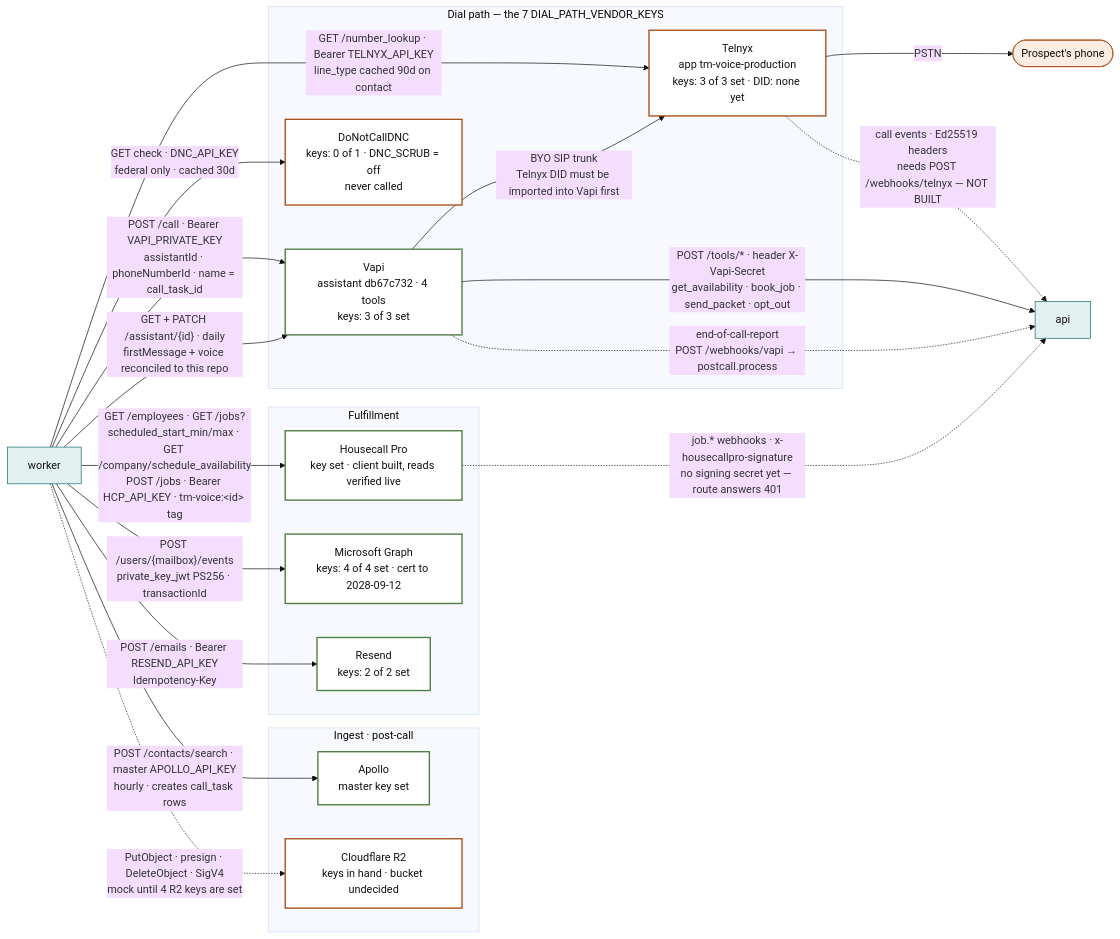
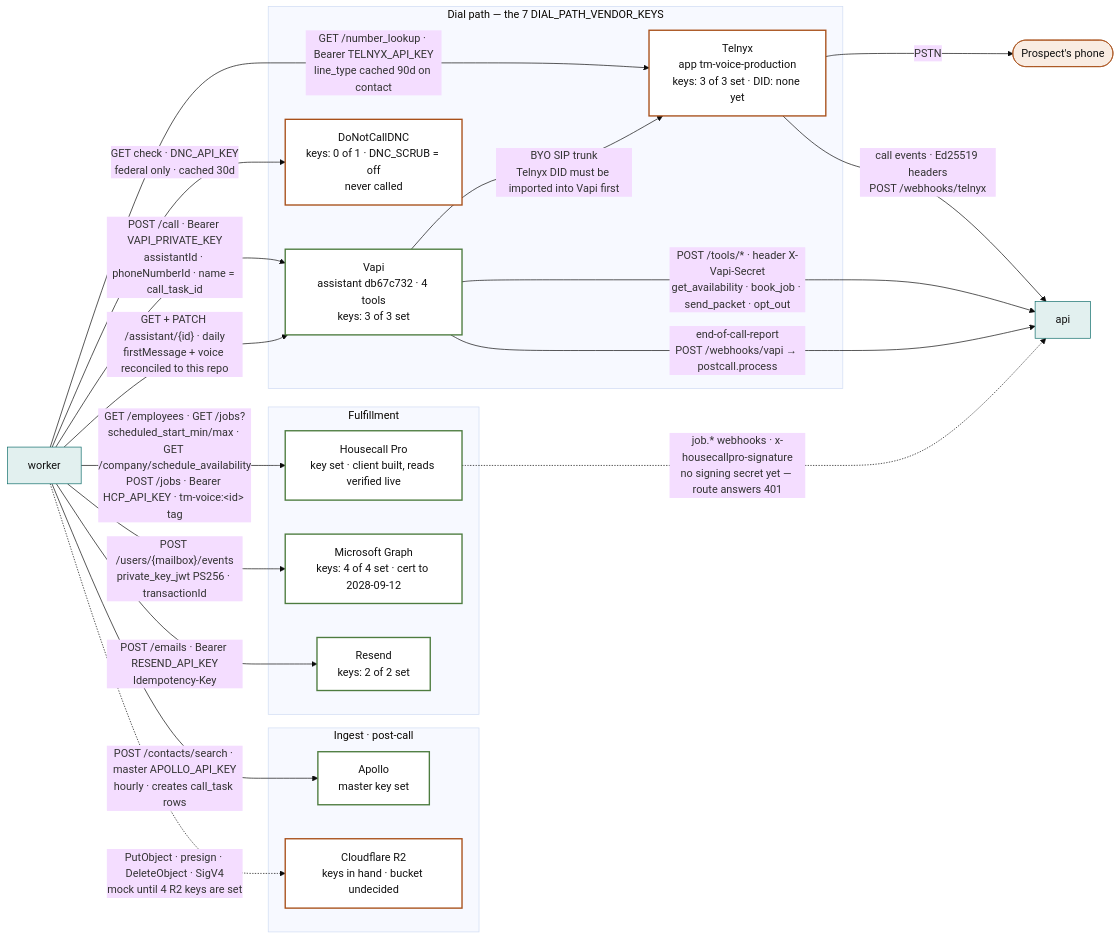
Before and after one commit to MAKaminski/tm-voice: the second of 7 diagrams in docs/ARCHITECTURE.md, drawn with Mermaid (base theme). The commit also changed other lines of this file and 46 other files, not shown here.

````diff
--- a/docs/ARCHITECTURE.md
+++ b/docs/ARCHITECTURE.md
@@ -73,46 +73,46 @@
 ```mermaid
 flowchart LR
   classDef svc fill:#e2f0ef,stroke:#0e6d6a,color:#111
   classDef real fill:#fff,stroke:#4d7c3f,stroke-width:2px,color:#111
   classDef partial fill:#fff,stroke:#a8501a,stroke-width:2px,color:#111
   classDef gap fill:#fff,stroke:#a8501a,stroke-dasharray:5 3,color:#a8501a
   classDef human fill:#f9ece2,stroke:#a8501a,color:#111
 
   worker["worker"]:::svc
   api["api"]:::svc
   prospect(["Prospect's phone"]):::human
 
   subgraph dialpath["Dial path — the 7 DIAL_PATH_VENDOR_KEYS"]
     vapi["Vapi<br/>assistant db67c732 · 4 tools<br/>keys: 3 of 3 set"]:::real
     telnyx["Telnyx<br/>app tm-voice-production<br/>keys: 3 of 3 set · DID: none yet"]:::partial
     dnc["DoNotCallDNC<br/>keys: 0 of 1 · DNC_SCRUB = off<br/>never called"]:::partial
   end
 
   subgraph fulfil["Fulfillment"]
     hcp["Housecall Pro<br/>key set · client built, reads verified live"]:::real
     msgraph["Microsoft Graph<br/>keys: 4 of 4 set · cert to 2028-09-12"]:::real
     resend["Resend<br/>keys: 2 of 2 set"]:::real
   end
 
   subgraph other["Ingest · post-call"]
     apollo["Apollo<br/>master key set"]:::real
     r2["Cloudflare R2<br/>keys in hand · bucket undecided"]:::partial
   end
 
   worker -->|"GET /number_lookup · Bearer TELNYX_API_KEY<br/>line_type cached 90d on contact"| telnyx
   worker -->|"GET check · DNC_API_KEY<br/>federal only · cached 30d"| dnc
   worker -->|"POST /call · Bearer VAPI_PRIVATE_KEY<br/>assistantId · phoneNumberId · name = call_task_id"| vapi
   worker -->|"GET + PATCH /assistant/{id} · daily<br/>firstMessage + voice reconciled to this repo"| vapi
   vapi -->|"BYO SIP trunk<br/>Telnyx DID must be imported into Vapi first"| telnyx
   telnyx -->|"PSTN"| prospect
   vapi -->|"POST /tools/* · header X-Vapi-Secret<br/>get_availability · book_job · send_packet · opt_out"| api
-  vapi -.->|"end-of-call-report<br/>POST /webhooks/vapi → postcall.process"| api
-  telnyx -.->|"call events · Ed25519 headers<br/>needs POST /webhooks/telnyx — NOT BUILT"| api
+  vapi -->|"end-of-call-report<br/>POST /webhooks/vapi → postcall.process"| api
+  telnyx -->|"call events · Ed25519 headers<br/>POST /webhooks/telnyx"| api
 
   worker -->|"GET /employees · GET /jobs?scheduled_start_min/max · GET /company/schedule_availability<br/>POST /jobs · Bearer HCP_API_KEY · tm-voice:&lt;id&gt; tag"| hcp
   hcp -.->|"job.* webhooks · x-housecallpro-signature<br/>no signing secret yet — route answers 401"| api
   worker -->|"POST /users/{mailbox}/events<br/>private_key_jwt PS256 · transactionId"| msgraph
   worker -->|"POST /emails · Bearer RESEND_API_KEY<br/>Idempotency-Key"| resend
   worker -->|"POST /contacts/search · master APOLLO_API_KEY<br/>hourly · creates call_task rows"| apollo
   worker -.->|"PutObject · presign · DeleteObject · SigV4<br/>mock until 4 R2 keys are set"| r2
 ```
````
